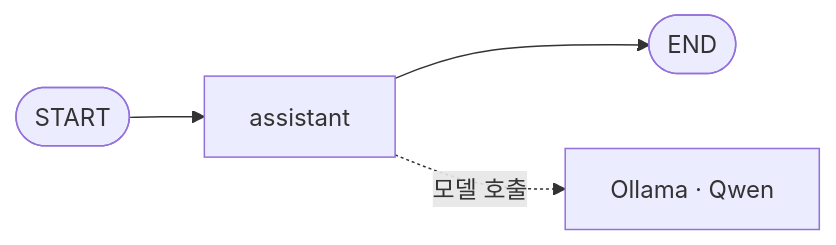
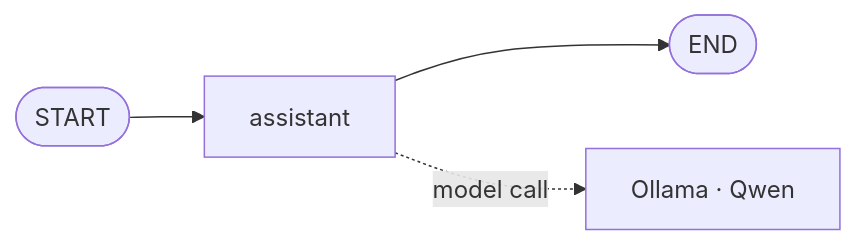
Before and after one commit to scpark20/SteAgent: the diagram in README.md, drawn with Mermaid. The commit also changed other lines of this file and 7 other files, not shown here.

````diff
--- a/README.md
+++ b/README.md
@@ -29,6 +29,6 @@
 ```mermaid
 flowchart LR
     A([START]) --> B[assistant]
     B --> C([END])
-    B -. 모델 호출 .-> D[Ollama · Qwen]
+    B -. model call .-> D[Ollama · Qwen]
 ```
````
